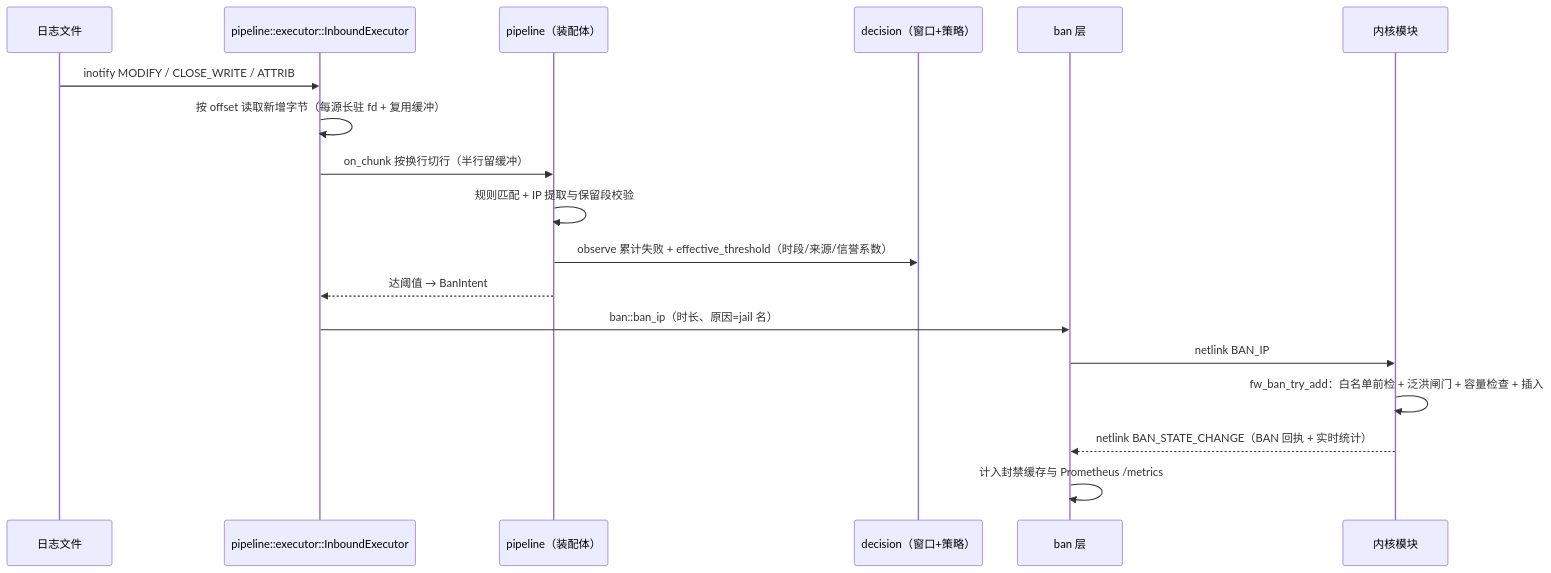
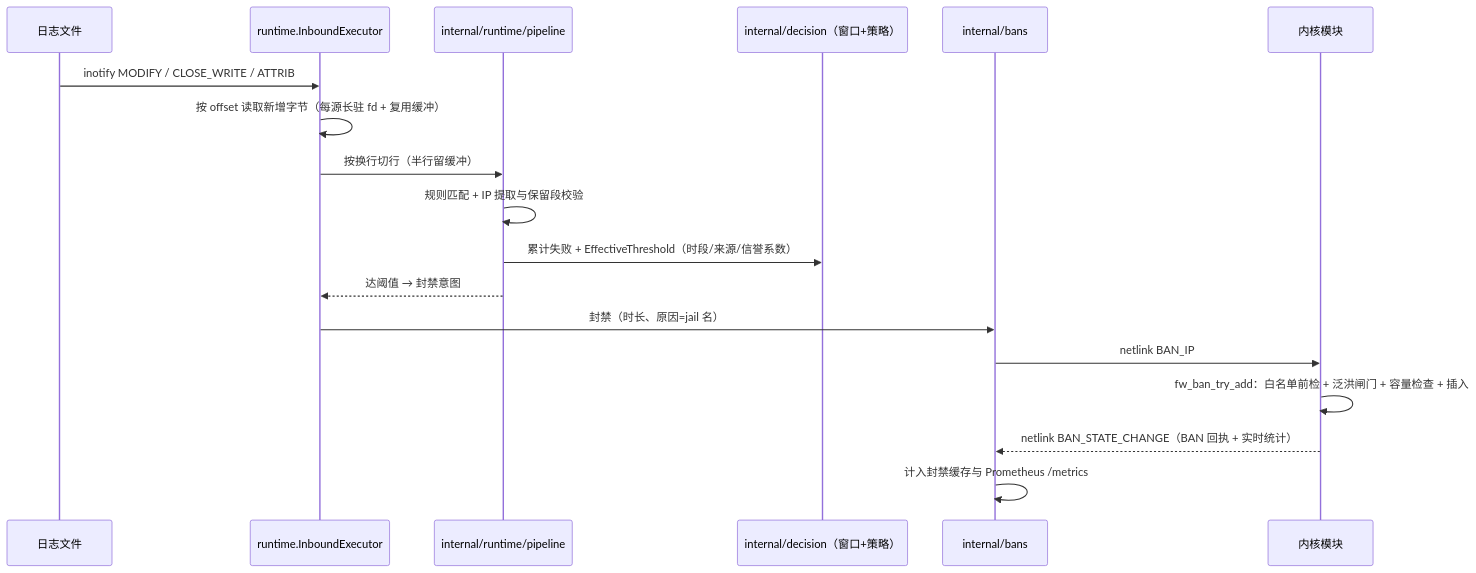
One commit to SnowCore8/linux-firewall-kmod changed the third of 6 diagrams in docs/zh/architecture/data-flow.md. Above: the diagram before and after it, drawn with Mermaid. The commit also changed other lines of this file and 24 other files, not shown here.

````diff
--- a/docs/zh/architecture/data-flow.md
+++ b/docs/zh/architecture/data-flow.md
@@ -136,21 +130,21 @@
 ```mermaid
 sequenceDiagram
     participant Log as 日志文件
-    participant EX as pipeline::executor::InboundExecutor
-    participant Pipe as pipeline（装配体）
-    participant Win as decision（窗口+策略）
-    participant Ban as ban 层
+    participant EX as runtime.InboundExecutor
+    participant Pipe as internal/runtime/pipeline
+    participant Win as internal/decision（窗口+策略）
+    participant Ban as internal/bans
     participant Kernel as 内核模块
 
     Log->>EX: inotify MODIFY / CLOSE_WRITE / ATTRIB
     EX->>EX: 按 offset 读取新增字节（每源长驻 fd + 复用缓冲）
-    EX->>Pipe: on_chunk 按换行切行（半行留缓冲）
+    EX->>Pipe: 按换行切行（半行留缓冲）
     Pipe->>Pipe: 规则匹配 + IP 提取与保留段校验
-    Pipe->>Win: observe 累计失败 + effective_threshold（时段/来源/信誉系数）
-    Pipe-->>EX: 达阈值 → BanIntent
-    EX->>Ban: ban::ban_ip（时长、原因=jail 名）
+    Pipe->>Win: 累计失败 + EffectiveThreshold（时段/来源/信誉系数）
+    Pipe-->>EX: 达阈值 → 封禁意图
+    EX->>Ban: 封禁（时长、原因=jail 名）
     Ban->>Kernel: netlink BAN_IP
     Kernel->>Kernel: fw_ban_try_add：白名单前检 + 泛洪闸门 + 容量检查 + 插入
     Kernel-->>Ban: netlink BAN_STATE_CHANGE（BAN 回执 + 实时统计）
     Ban->>Ban: 计入封禁缓存与 Prometheus /metrics
 ```
````
